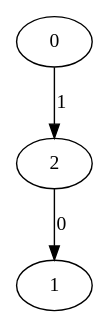
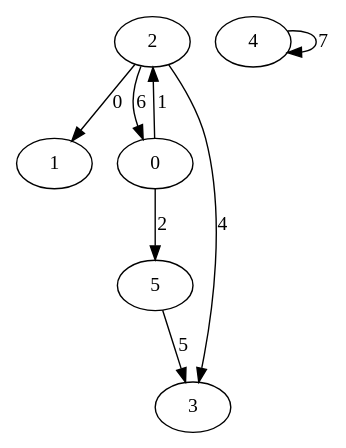
The diagram in GraphesLabWork1/output.gv (lebionick/GraphEdit), drawn with Graphviz before and after one commit. The commit also changed 17 other files, not shown here.

```diff
--- a/GraphesLabWork1/output.gv
+++ b/GraphesLabWork1/output.gv
@@ -1,4 +1,9 @@
 digraph{
-2 -> 1[label="0",weight="14"];
-0 -> 2[label="1",weight="88"];
+2 -> 1[label="0"];
+0 -> 2[label="1"];
+0 -> 5[label="2"];
+2 -> 3[label="4"];
+5 -> 3[label="5"];
+2 -> 0[label="6"];
+4 -> 4[label="7"];
 }
```
